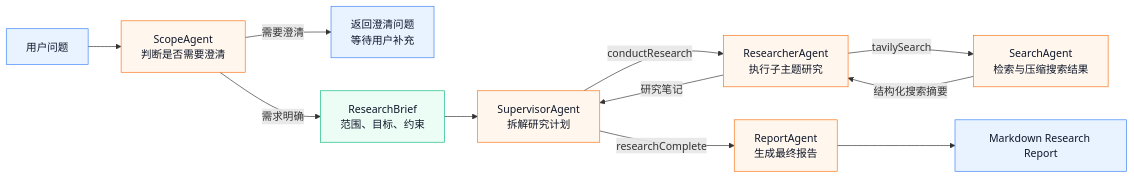
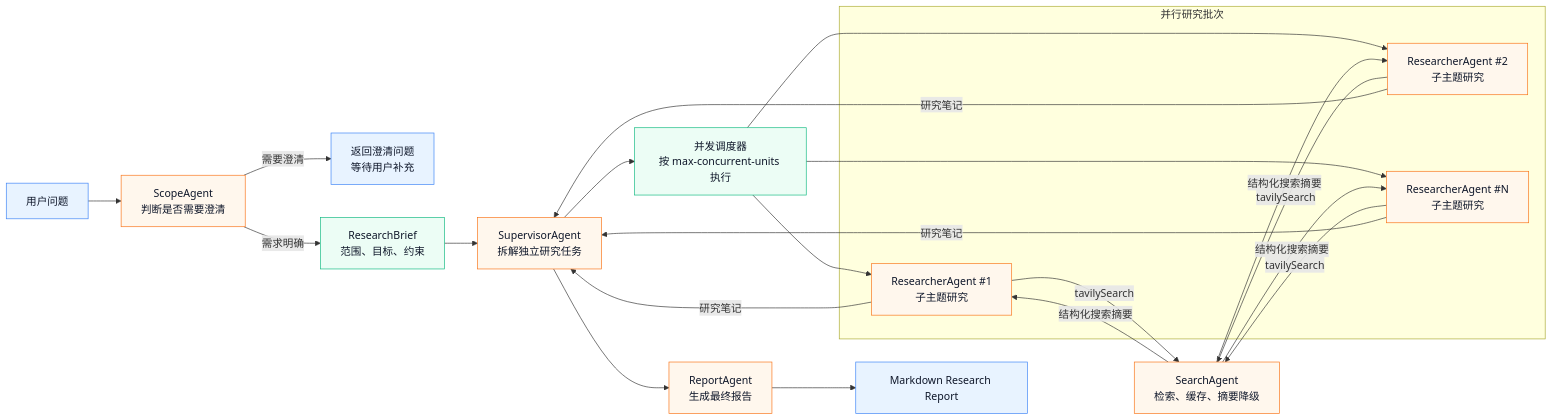
Before and after one commit to haotangyuan/deep-research: the second of 2 diagrams in README.md, drawn with Mermaid. The commit also changed other lines of this file and 20 other files, not shown here.

````diff
--- a/README.md
+++ b/README.md
@@ -90,18 +90,34 @@
 ```mermaid
 flowchart LR
     classDef agent fill:#FFF7ED,stroke:#F97316,color:#0F172A
     classDef data fill:#ECFDF5,stroke:#10B981,color:#0F172A
     classDef output fill:#E8F3FF,stroke:#3B82F6,color:#0F172A
 
     User["用户问题"]:::output --> Scope["ScopeAgent<br/>判断是否需要澄清"]:::agent
     Scope -->|"需要澄清"| Clarify["返回澄清问题<br/>等待用户补充"]:::output
     Scope -->|"需求明确"| Brief["ResearchBrief<br/>范围、目标、约束"]:::data
 
-    Brief --> Supervisor["SupervisorAgent<br/>拆解研究计划"]:::agent
-    Supervisor -->|"conductResearch"| Researcher["ResearcherAgent<br/>执行子主题研究"]:::agent
-    Researcher -->|"tavilySearch"| Search["SearchAgent<br/>检索与压缩搜索结果"]:::agent
-    Search -->|"结构化搜索摘要"| Researcher
-    Researcher -->|"研究笔记"| Supervisor
-    Supervisor -->|"researchComplete"| Report["ReportAgent<br/>生成最终报告"]:::agent
+    Brief --> Supervisor["SupervisorAgent<br/>拆解独立研究任务"]:::agent
+    Supervisor --> Scheduler["并发调度器<br/>按 max-concurrent-units 执行"]:::data
+
+    subgraph Parallel["并行研究批次"]
+        R1["ResearcherAgent #1<br/>子主题研究"]:::agent
+        R2["ResearcherAgent #2<br/>子主题研究"]:::agent
+        Rn["ResearcherAgent #N<br/>子主题研究"]:::agent
+    end
+
+    Scheduler --> R1
+    Scheduler --> R2
+    Scheduler --> Rn
+    R1 -->|"tavilySearch"| Search["SearchAgent<br/>检索、缓存、摘要降级"]:::agent
+    R2 -->|"tavilySearch"| Search
+    Rn -->|"tavilySearch"| Search
+    Search -->|"结构化搜索摘要"| R1
+    Search -->|"结构化搜索摘要"| R2
+    Search -->|"结构化搜索摘要"| Rn
+    R1 -->|"研究笔记"| Supervisor
+    R2 -->|"研究笔记"| Supervisor
+    Rn -->|"研究笔记"| Supervisor
+    Supervisor --> Report["ReportAgent<br/>生成最终报告"]:::agent
     Report --> Final["Markdown Research Report"]:::output
 ```
````
